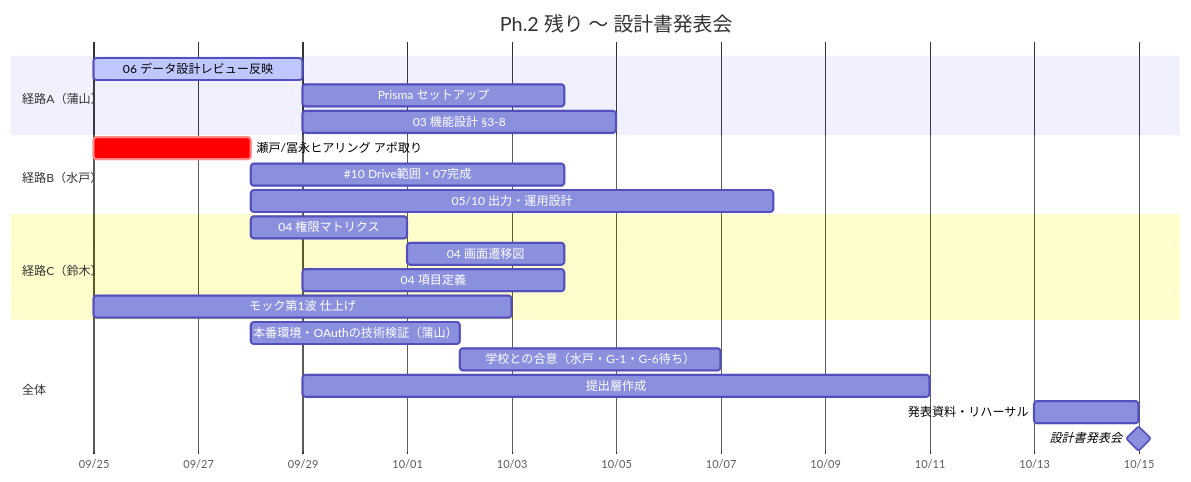
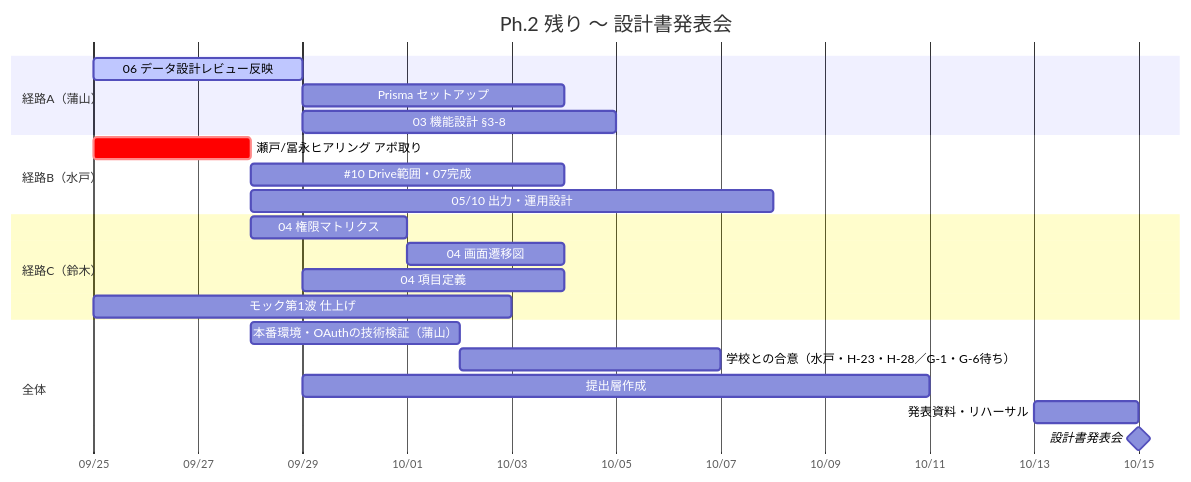
The diagram in pm/wbs.md (250158hj-maker/yse_compass), drawn with Mermaid before and after one commit. The commit also changed other lines of this file, not shown here.

````diff
--- a/pm/wbs.md
+++ b/pm/wbs.md
@@ -186,29 +187,29 @@
 ```mermaid
 gantt
     title Ph.2 残り 〜 設計書発表会
     dateFormat  YYYY-MM-DD
     axisFormat  %m/%d
 
     section 経路A（蒲山）
     06 データ設計レビュー反映      :active, a1, 2026-09-25, 4d
     Prisma セットアップ            :a2, after a1, 5d
     03 機能設計 §3-8               :a3, after a1, 6d
 
     section 経路B（水戸）
     瀬戸/冨永ヒアリング アポ取り    :crit, b1, 2026-09-25, 3d
     #10 Drive範囲・07完成          :b2, after b1, 6d
     05/10 出力・運用設計           :b3, after b1, 10d
 
     section 経路C（鈴木）
     04 権限マトリクス               :c1, 2026-09-28, 3d
     04 画面遷移図                   :c2, after c1, 3d
     04 項目定義                     :c3, after a1, 5d
     モック第1波 仕上げ              :c4, 2026-09-25, 8d
 
     section 全体
     本番環境・OAuthの技術検証（蒲山）    :d1a, 2026-09-28, 2026-10-02
-    学校との合意（水戸・G-1・G-6待ち）  :d1b, after d1a, 5d
+    学校との合意（水戸・H-23・H-28／G-1・G-6待ち）  :d1b, after d1a, 5d
     提出層作成                      :e1, 2026-09-29, 12d
     発表資料・リハーサル            :f1, 2026-10-13, 2d
     設計書発表会                    :milestone, 2026-10-15, 0d
 ```
````
